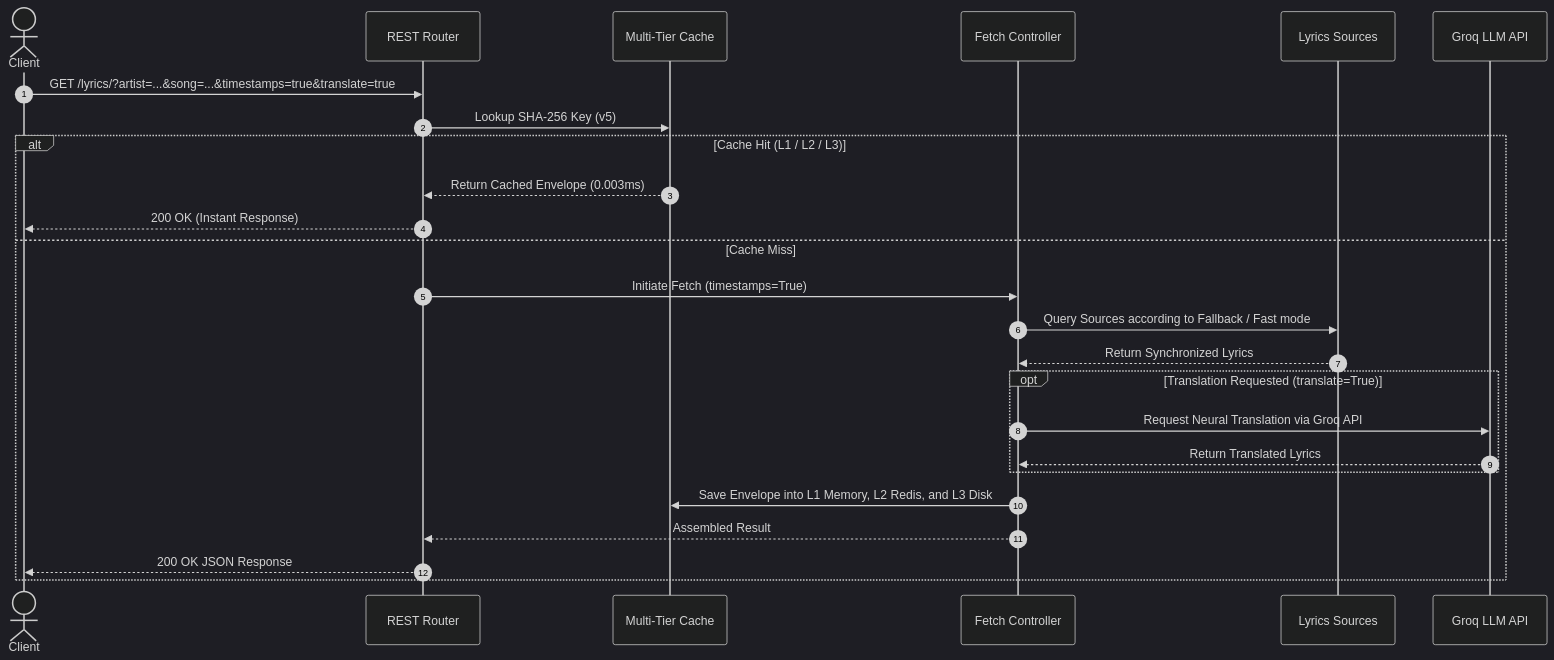
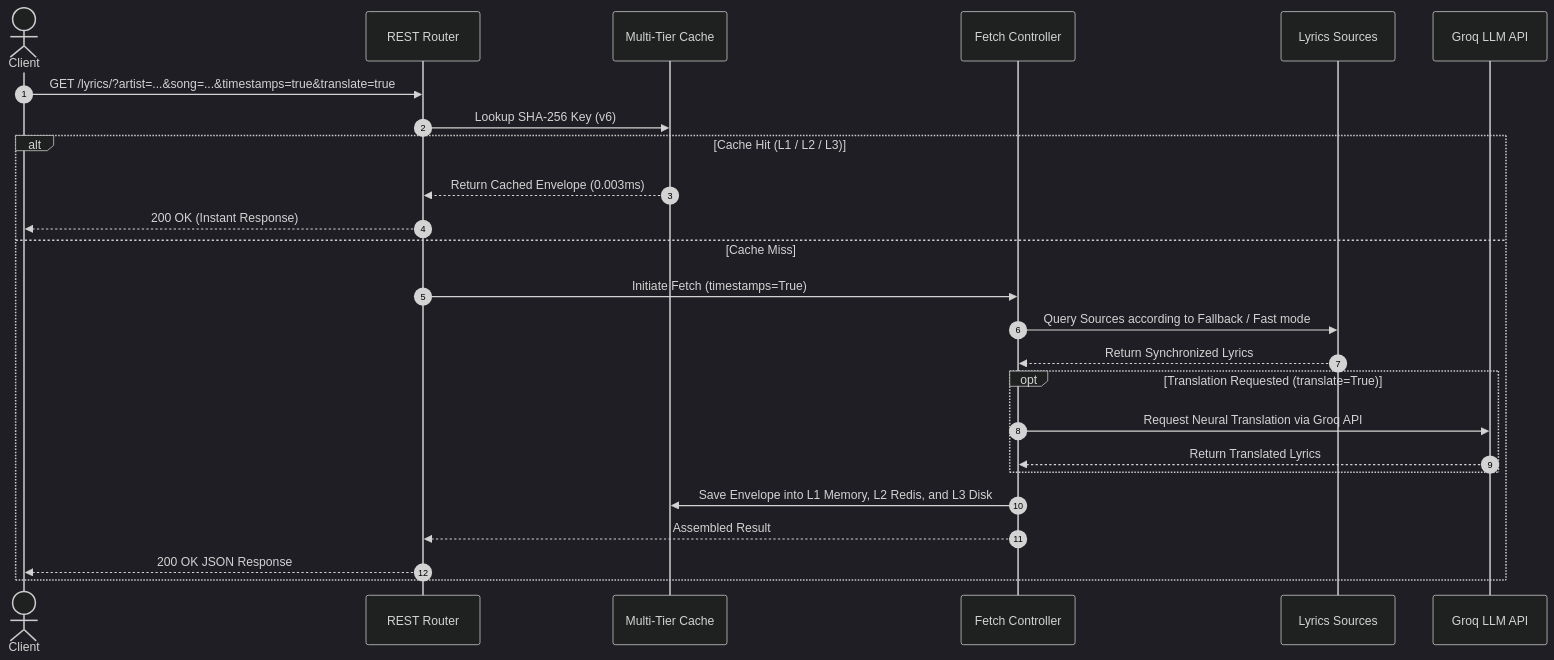
One commit to mekongmoon/Lyrica changed the second of 2 diagrams in docs/architecture/overview.md. Above: the diagram before and after it, drawn with Mermaid (dark theme). The commit also changed 5 other files, not shown here.

````diff
--- a/docs/architecture/overview.md
+++ b/docs/architecture/overview.md
@@ -69,28 +69,28 @@
 ```mermaid
 sequenceDiagram
     autonumber
     actor Client
     participant Router as REST Router
     participant Cache as Multi-Tier Cache
     participant Controller as Fetch Controller
     participant Provider as Lyrics Sources
     participant Groq as Groq LLM API
 
     Client->>Router: GET /lyrics/?artist=...&song=...&timestamps=true&translate=true
-    Router->>Cache: Lookup SHA-256 Key (v5)
+    Router->>Cache: Lookup SHA-256 Key (v6)
     alt Cache Hit (L1 / L2 / L3)
         Cache-->>Router: Return Cached Envelope (0.003ms)
         Router-->>Client: 200 OK (Instant Response)
     else Cache Miss
         Router->>Controller: Initiate Fetch (timestamps=True)
         Controller->>Provider: Query Sources according to Fallback / Fast mode
         Provider-->>Controller: Return Synchronized Lyrics
         opt Translation Requested (translate=True)
             Controller->>Groq: Request Neural Translation via Groq API
             Groq-->>Controller: Return Translated Lyrics
         end
         Controller->>Cache: Save Envelope into L1 Memory, L2 Redis, and L3 Disk
         Controller-->>Router: Assembled Result
         Router-->>Client: 200 OK JSON Response
     end
 ```
````
